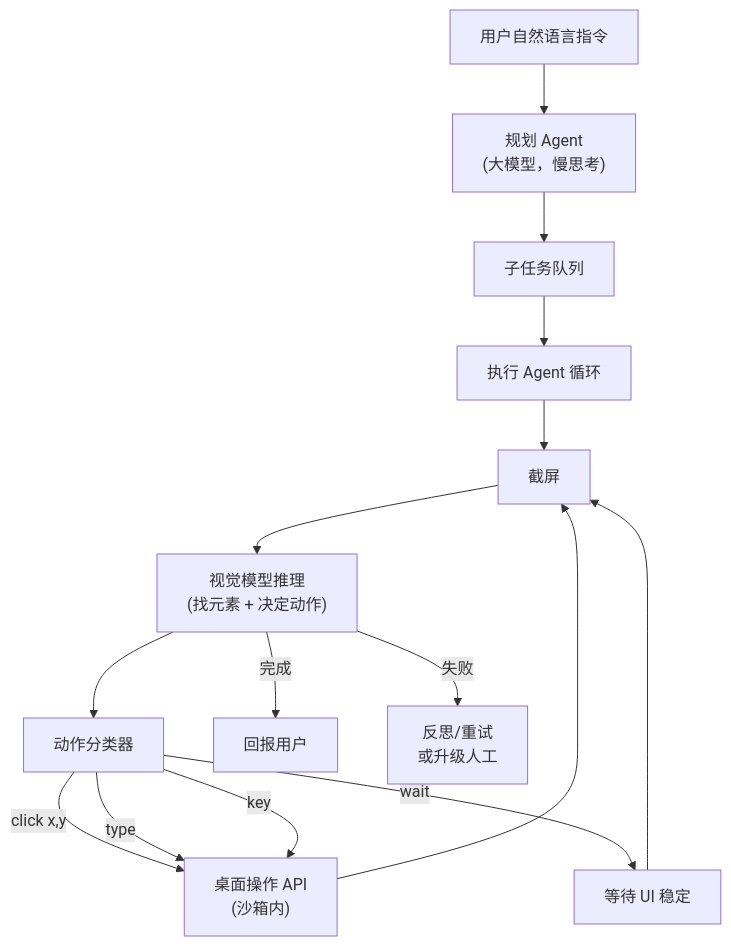
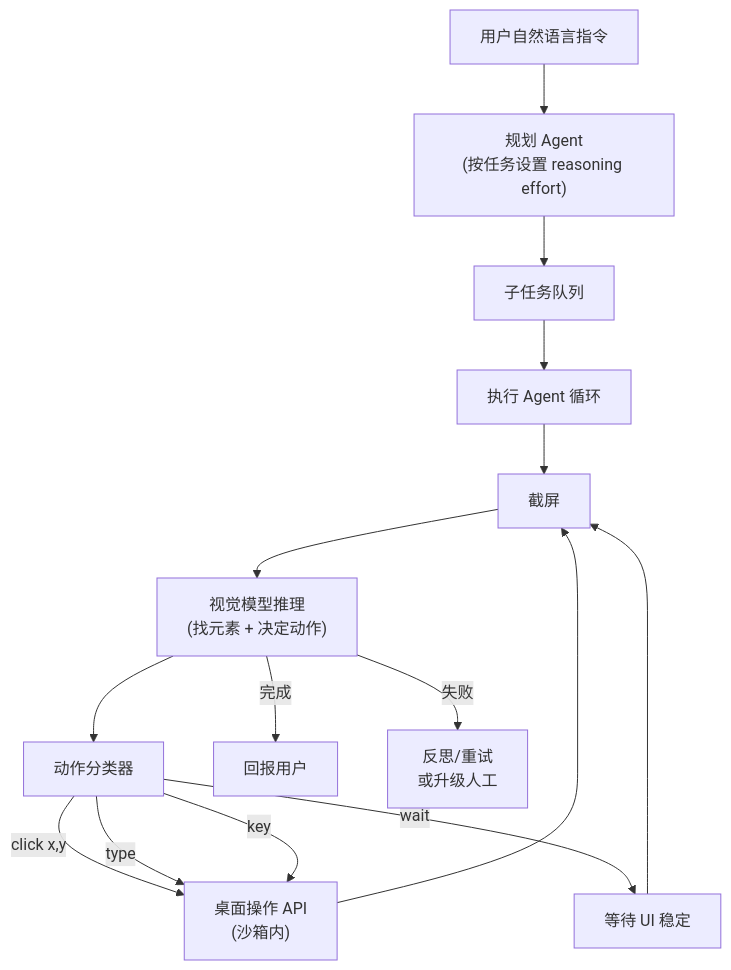
The fourth of 6 diagrams in docs/ai-technology/ai-system-design.md (liukun2634/dev-interview-guide), drawn with Mermaid before and after one commit. The commit also changed other lines of this file and 58 other files, not shown here.

````diff
--- a/docs/ai-technology/ai-system-design.md
+++ b/docs/ai-technology/ai-system-design.md
@@ -168,17 +182,17 @@
 ```mermaid
 graph TD
-    U["用户自然语言指令"] --> P["规划 Agent<br/>(大模型，慢思考)"]
+    U["用户自然语言指令"] --> P["规划 Agent<br/>(按任务设置 reasoning effort)"]
     P --> S["子任务队列"]
     S --> E["执行 Agent 循环"]
     E --> SC["截屏"]
     SC --> V["视觉模型推理<br/>(找元素 + 决定动作)"]
     V --> A["动作分类器"]
     A -->|click x,y| OS["桌面操作 API<br/>(沙箱内)"]
     A -->|type| OS
     A -->|key| OS
     A -->|wait| W["等待 UI 稳定"]
     OS --> SC
     W --> SC
     V -->|完成| R["回报用户"]
     V -->|失败| RP["反思/重试<br/>或升级人工"]
 ```
````
